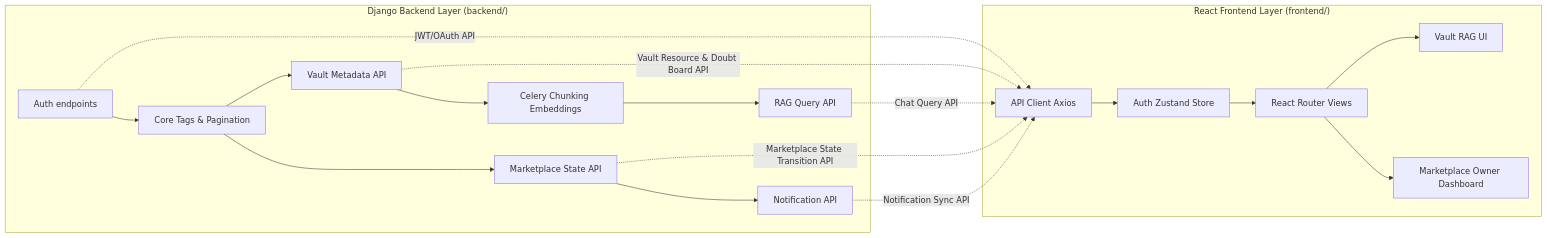
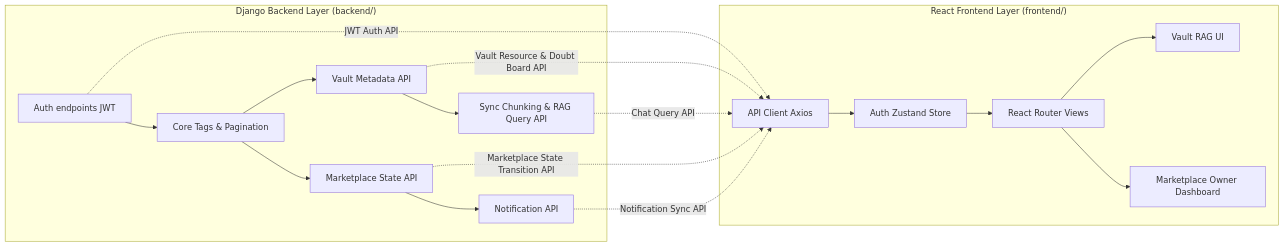
The second of 2 diagrams in Docs/roadmap/Roadmap_Index.md (vaibhv19/StudyLink), drawn with Mermaid before and after one commit. The commit also changed other lines of this file and 21 other files, not shown here.

Commit message:
feat(scope): align v1 scope across docs, roadmap, and frontend UI (JWT-only auth, synchronous ingestion, default URLs)

````diff
--- a/Docs/roadmap/Roadmap_Index.md
+++ b/Docs/roadmap/Roadmap_Index.md
@@ -55,25 +52,24 @@
 ```mermaid
 graph LR
     subgraph "Django Backend Layer (backend/)"
-        BE_Auth[Auth endpoints] --> BE_Core[Core Tags & Pagination]
+        BE_Auth[Auth endpoints JWT] --> BE_Core[Core Tags & Pagination]
         BE_Core --> BE_Vault[Vault Metadata API]
         BE_Core --> BE_Market[Marketplace State API]
-        BE_Vault --> BE_Celery[Celery Chunking Embeddings]
-        BE_Celery --> BE_RAG[RAG Query API]
+        BE_Vault --> BE_RAG[Sync Chunking & RAG Query API]
         BE_Market --> BE_Notify[Notification API]
     end
 
     subgraph "React Frontend Layer (frontend/)"
         FE_Client[API Client Axios] --> FE_Auth[Auth Zustand Store]
         FE_Auth --> FE_Router[React Router Views]
         FE_Router --> FE_Vault[Vault RAG UI]
         FE_Router --> FE_Market[Marketplace Owner Dashboard]
     end
 
     %% Cross-Layer REST API Handshake Boundaries
-    BE_Auth -. "JWT/OAuth API" .-> FE_Client
+    BE_Auth -. "JWT Auth API" .-> FE_Client
     BE_Vault -. "Vault Resource & Doubt Board API" .-> FE_Client
     BE_RAG -. "Chat Query API" .-> FE_Client
     BE_Market -. "Marketplace State Transition API" .-> FE_Client
     BE_Notify -. "Notification Sync API" .-> FE_Client
 ```
````
